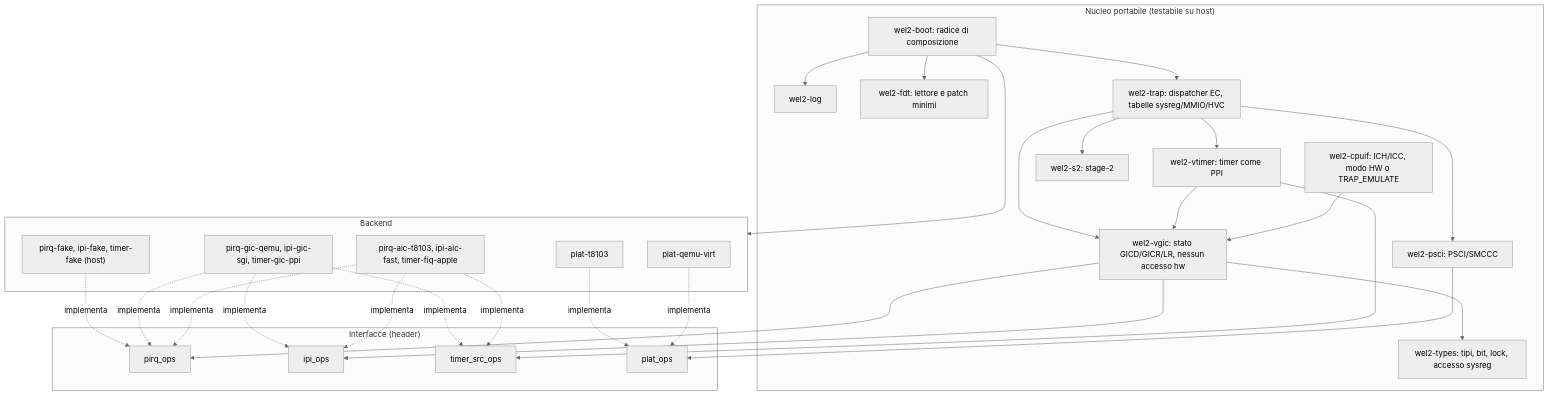
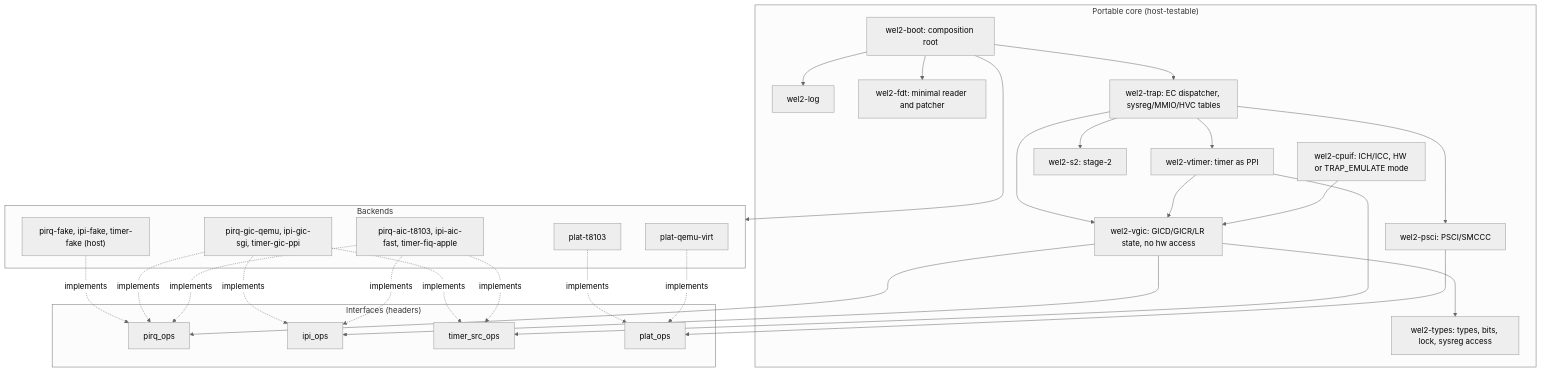
The third of 6 diagrams in docs/design/watari-el2/ARCHITECTURE.md (ZonatedCord/WatariBoot), drawn with Mermaid (neutral theme) before and after one commit. The commit also changed other lines of this file and 60 other files, not shown here.

````diff
--- a/docs/design/watari-el2/ARCHITECTURE.md
+++ b/docs/design/watari-el2/ARCHITECTURE.md
@@ -77,52 +77,52 @@
 ```mermaid
 flowchart TB
-  subgraph core["Nucleo portabile (testabile su host)"]
-    types["wel2-types: tipi, bit, lock, accesso sysreg"]
+  subgraph core["Portable core (host-testable)"]
+    types["wel2-types: types, bits, lock, sysreg access"]
     log["wel2-log"]
-    fdt["wel2-fdt: lettore e patch minimi"]
-    vgic["wel2-vgic: stato GICD/GICR/LR, nessun accesso hw"]
-    cpuif["wel2-cpuif: ICH/ICC, modo HW o TRAP_EMULATE"]
-    vtimer["wel2-vtimer: timer come PPI"]
+    fdt["wel2-fdt: minimal reader and patcher"]
+    vgic["wel2-vgic: GICD/GICR/LR state, no hw access"]
+    cpuif["wel2-cpuif: ICH/ICC, HW or TRAP_EMULATE mode"]
+    vtimer["wel2-vtimer: timer as PPI"]
     psci["wel2-psci: PSCI/SMCCC"]
     s2["wel2-s2: stage-2"]
-    trap["wel2-trap: dispatcher EC, tabelle sysreg/MMIO/HVC"]
-    boot["wel2-boot: radice di composizione"]
+    trap["wel2-trap: EC dispatcher, sysreg/MMIO/HVC tables"]
+    boot["wel2-boot: composition root"]
   end
-  subgraph ifs["Interfacce (header)"]
+  subgraph ifs["Interfaces (headers)"]
     pirq_if["pirq_ops"]
     ipi_if["ipi_ops"]
     tsrc_if["timer_src_ops"]
     plat_if["plat_ops"]
   end
-  subgraph back["Backend"]
+  subgraph back["Backends"]
     aic["pirq-aic-t8103, ipi-aic-fast, timer-fiq-apple"]
     gicq["pirq-gic-qemu, ipi-gic-sgi, timer-gic-ppi"]
     fake["pirq-fake, ipi-fake, timer-fake (host)"]
     pq["plat-qemu-virt"]
     pt["plat-t8103"]
   end
   vgic --> types
   cpuif --> vgic
   vtimer --> vgic
   vtimer --> tsrc_if
   vgic --> pirq_if
   vgic --> ipi_if
   psci --> plat_if
   trap --> vgic
   trap --> vtimer
   trap --> psci
   trap --> s2
   boot --> trap
   boot --> fdt
   boot --> log
-  aic -.implementa.-> pirq_if
-  aic -.implementa.-> ipi_if
-  aic -.implementa.-> tsrc_if
-  gicq -.implementa.-> pirq_if
-  gicq -.implementa.-> ipi_if
-  gicq -.implementa.-> tsrc_if
-  fake -.implementa.-> pirq_if
-  pq -.implementa.-> plat_if
-  pt -.implementa.-> plat_if
+  aic -.implements.-> pirq_if
+  aic -.implements.-> ipi_if
+  aic -.implements.-> tsrc_if
+  gicq -.implements.-> pirq_if
+  gicq -.implements.-> ipi_if
+  gicq -.implements.-> tsrc_if
+  fake -.implements.-> pirq_if
+  pq -.implements.-> plat_if
+  pt -.implements.-> plat_if
   boot --> back
 ```
````
